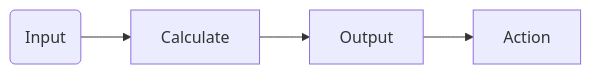
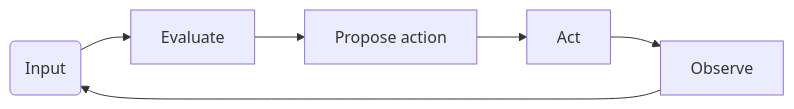
One commit to ianderrington/genai changed the first of 2 diagrams in docs/Understanding/agents/index.md. Above: the diagram before and after it, drawn with Mermaid. The commit also changed other lines of this file and 6 other files, not shown here.

````diff
--- a/docs/Understanding/agents/index.md
+++ b/docs/Understanding/agents/index.md
@@ -20,7 +22,9 @@
 ```mermaid
-flowchart LR
-    A(Input) --> B[Calculate]
-    B --> C[Output]
-    C --> D[Action]
+graph LR
+    A(Input) --> B[Evaluate]
+    B --> C[Propose action]
+    C --> D[Act]
+    D --> E[Observe]
+    E --> A
 
 ```
````
